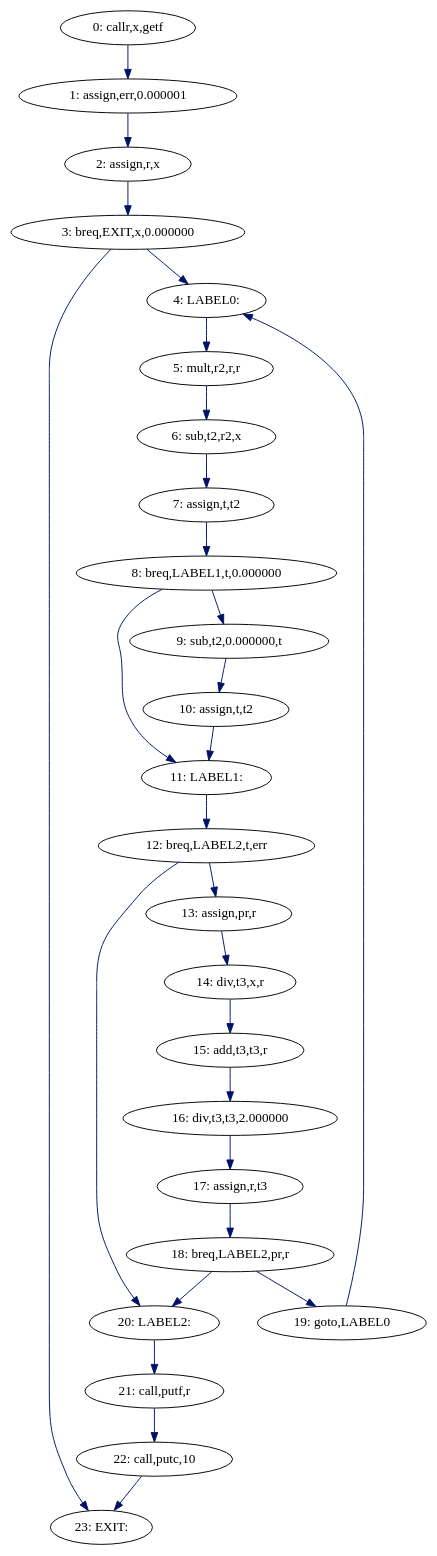
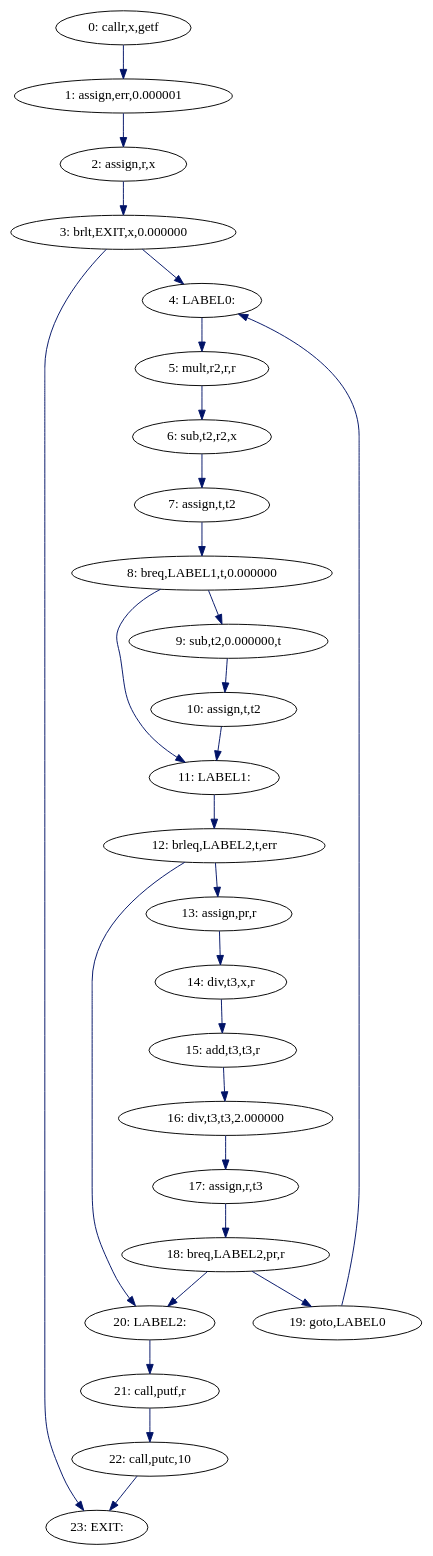
Before and after one commit to Peter-Feng-32/Tiger-IR-Middle-End: the diagram in new.dot, drawn with Graphviz. The commit also changed 3 other files, not shown here.

```diff
--- a/new.dot
+++ b/new.dot
@@ -1,57 +1,57 @@
 digraph G {
   "23: EXIT:";
   "4: LABEL0:";
   "11: LABEL1:";
   "20: LABEL2:";
   "1: assign,err,0.000001";
   "13: assign,pr,r";
   "17: assign,r,t3";
   "2: assign,r,x";
   "7: assign,t,t2";
   "10: assign,t,t2";
   "15: add,t3,t3,r";
   "9: sub,t2,0.000000,t";
   "6: sub,t2,r2,x";
   "5: mult,r2,r,r";
   "16: div,t3,t3,2.000000";
   "14: div,t3,x,r";
   "19: goto,LABEL0";
-  "3: breq,EXIT,x,0.000000";
+  "18: breq,LABEL2,pr,r";
+  "3: brlt,EXIT,x,0.000000";
   "8: breq,LABEL1,t,0.000000";
-  "18: breq,LABEL2,pr,r";
-  "12: breq,LABEL2,t,err";
+  "12: brleq,LABEL2,t,err";
   "22: call,putc,10";
   "21: call,putf,r";
   "0: callr,x,getf";
   
   
   "4: LABEL0:" -> "5: mult,r2,r,r" [color="#001267", label="", ];
-  "11: LABEL1:" -> "12: breq,LABEL2,t,err" [color="#001267", label="", ];
+  "11: LABEL1:" -> "12: brleq,LABEL2,t,err" [color="#001267", label="", ];
   "20: LABEL2:" -> "21: call,putf,r" [color="#001267", label="", ];
   "1: assign,err,0.000001" -> "2: assign,r,x" [color="#001267", label="", ];
   "13: assign,pr,r" -> "14: div,t3,x,r" [color="#001267", label="", ];
   "17: assign,r,t3" -> "18: breq,LABEL2,pr,r" [color="#001267", label="", ];
-  "2: assign,r,x" -> "3: breq,EXIT,x,0.000000" [color="#001267", label="", ];
+  "2: assign,r,x" -> "3: brlt,EXIT,x,0.000000" [color="#001267", label="", ];
   "7: assign,t,t2" -> "8: breq,LABEL1,t,0.000000" [color="#001267", label="", ];
   "10: assign,t,t2" -> "11: LABEL1:" [color="#001267", label="", ];
   "15: add,t3,t3,r" -> "16: div,t3,t3,2.000000" [color="#001267", label="", ];
   "9: sub,t2,0.000000,t" -> "10: assign,t,t2" [color="#001267", label="", ];
   "6: sub,t2,r2,x" -> "7: assign,t,t2" [color="#001267", label="", ];
   "5: mult,r2,r,r" -> "6: sub,t2,r2,x" [color="#001267", label="", ];
   "16: div,t3,t3,2.000000" -> "17: assign,r,t3" [color="#001267", label="", ];
   "14: div,t3,x,r" -> "15: add,t3,t3,r" [color="#001267", label="", ];
   "19: goto,LABEL0" -> "4: LABEL0:" [color="#001267", label="", ];
-  "3: breq,EXIT,x,0.000000" -> "23: EXIT:" [color="#001267", label="", ];
-  "3: breq,EXIT,x,0.000000" -> "4: LABEL0:" [color="#001267", label="", ];
+  "18: breq,LABEL2,pr,r" -> "20: LABEL2:" [color="#001267", label="", ];
+  "18: breq,LABEL2,pr,r" -> "19: goto,LABEL0" [color="#001267", label="", ];
+  "3: brlt,EXIT,x,0.000000" -> "23: EXIT:" [color="#001267", label="", ];
+  "3: brlt,EXIT,x,0.000000" -> "4: LABEL0:" [color="#001267", label="", ];
   "8: breq,LABEL1,t,0.000000" -> "11: LABEL1:" [color="#001267", label="", ];
   "8: breq,LABEL1,t,0.000000" -> "9: sub,t2,0.000000,t" [color="#001267",
                                                          label="", ];
-  "18: breq,LABEL2,pr,r" -> "20: LABEL2:" [color="#001267", label="", ];
-  "18: breq,LABEL2,pr,r" -> "19: goto,LABEL0" [color="#001267", label="", ];
-  "12: breq,LABEL2,t,err" -> "20: LABEL2:" [color="#001267", label="", ];
-  "12: breq,LABEL2,t,err" -> "13: assign,pr,r" [color="#001267", label="", ];
+  "12: brleq,LABEL2,t,err" -> "20: LABEL2:" [color="#001267", label="", ];
+  "12: brleq,LABEL2,t,err" -> "13: assign,pr,r" [color="#001267", label="", ];
   "22: call,putc,10" -> "23: EXIT:" [color="#001267", label="", ];
   "21: call,putf,r" -> "22: call,putc,10" [color="#001267", label="", ];
   "0: callr,x,getf" -> "1: assign,err,0.000001" [color="#001267", label="", ];
   
   }
```
